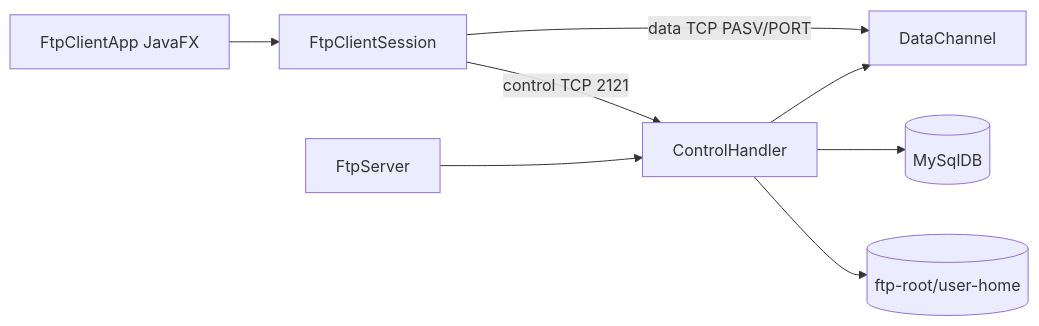
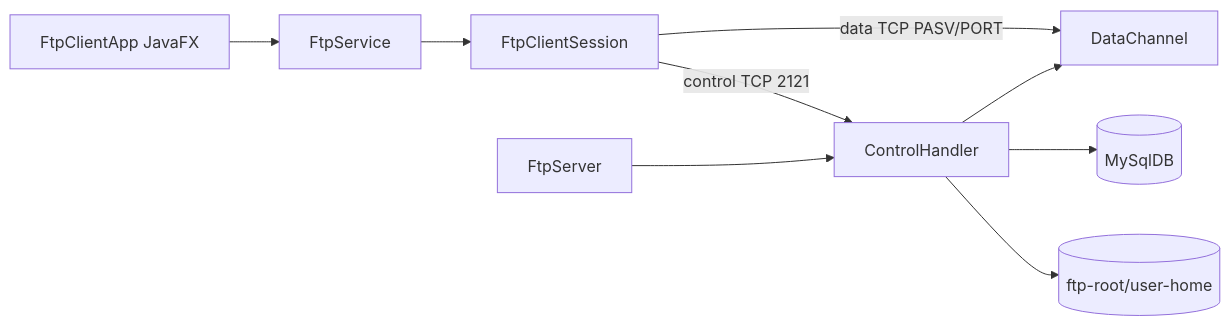
Before and after one commit to lequocdinhKt/5-lap-LTM: the diagram in lap2/ARCHITECTURE.md, drawn with Mermaid. The commit also changed other lines of this file and 18 other files, not shown here.

````diff
--- a/lap2/ARCHITECTURE.md
+++ b/lap2/ARCHITECTURE.md
@@ -3,10 +3,11 @@
 ```mermaid
 flowchart LR
-    UI[FtpClientApp JavaFX] --> C[FtpClientSession]
+    UI[FtpClientApp JavaFX] --> SVC[FtpService]
+    SVC --> C[FtpClientSession]
     C -- control TCP 2121 --> H[ControlHandler]
     C -- data TCP PASV/PORT --> D[DataChannel]
     H --> D
     H --> DB[(MySqlDB)]
     H --> FS[(ftp-root/user-home)]
     S[FtpServer] --> H
 ```
````
